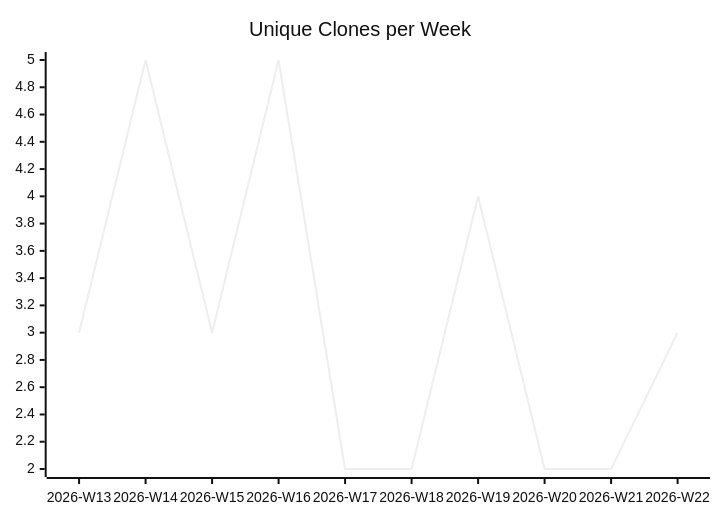
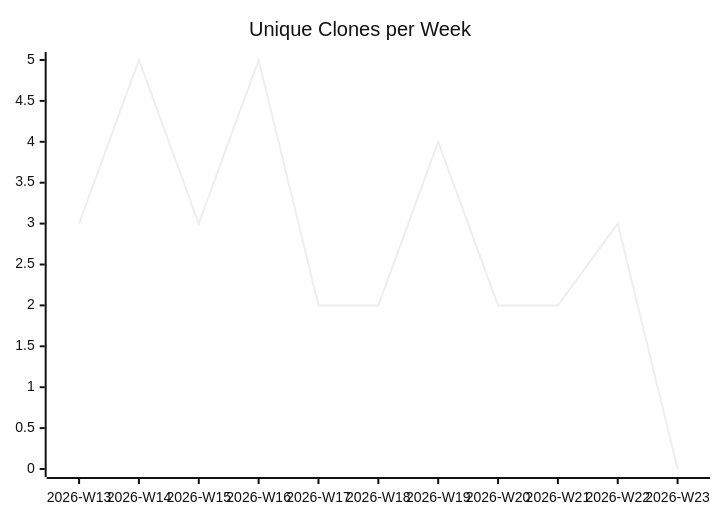
One commit to justdavis-family/github-analytics-data changed the third of 3 diagrams in karlmdavis/ansible-role-bind-dns/README.md. Above: the diagram before and after it, drawn with Mermaid (neutral theme). The commit also changed other lines of this file and 186 other files, not shown here.

````diff
--- a/karlmdavis/ansible-role-bind-dns/README.md
+++ b/karlmdavis/ansible-role-bind-dns/README.md
@@ -19,6 +19,6 @@
 ```mermaid
 xychart-beta
   title "Unique Clones per Week"
-  x-axis ["2026-W13", "2026-W14", "2026-W15", "2026-W16", "2026-W17", "2026-W18", "2026-W19", "2026-W20", "2026-W21", "2026-W22"]
-  line [3, 5, 3, 5, 2, 2, 4, 2, 2, 3]
+  x-axis ["2026-W13", "2026-W14", "2026-W15", "2026-W16", "2026-W17", "2026-W18", "2026-W19", "2026-W20", "2026-W21", "2026-W22", "2026-W23"]
+  line [3, 5, 3, 5, 2, 2, 4, 2, 2, 3, 0]
 ```
````
